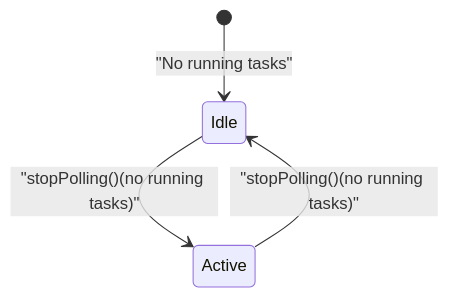
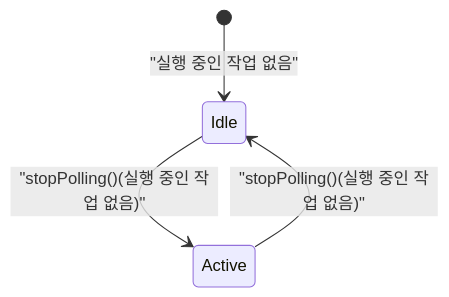
Before and after one commit to felipetruman/oh-my-opencode-docs: the fifth of 14 diagrams in docs/background-execution/task-execution-and-polling.md, drawn with Mermaid. The commit also changed other lines of this file and 76 other files, not shown here.

````diff
--- a/docs/background-execution/task-execution-and-polling.md
+++ b/docs/background-execution/task-execution-and-polling.md
@@ -189,6 +189,6 @@
 ```mermaid
 stateDiagram-v2
-    [*] --> Idle : "No running tasks"
-    Idle --> Active : "stopPolling()(no running tasks)"
-    Active --> Idle : "stopPolling()(no running tasks)"
+    [*] --> Idle : "실행 중인 작업 없음"
+    Idle --> Active : "stopPolling()(실행 중인 작업 없음)"
+    Active --> Idle : "stopPolling()(실행 중인 작업 없음)"
 ```
````
